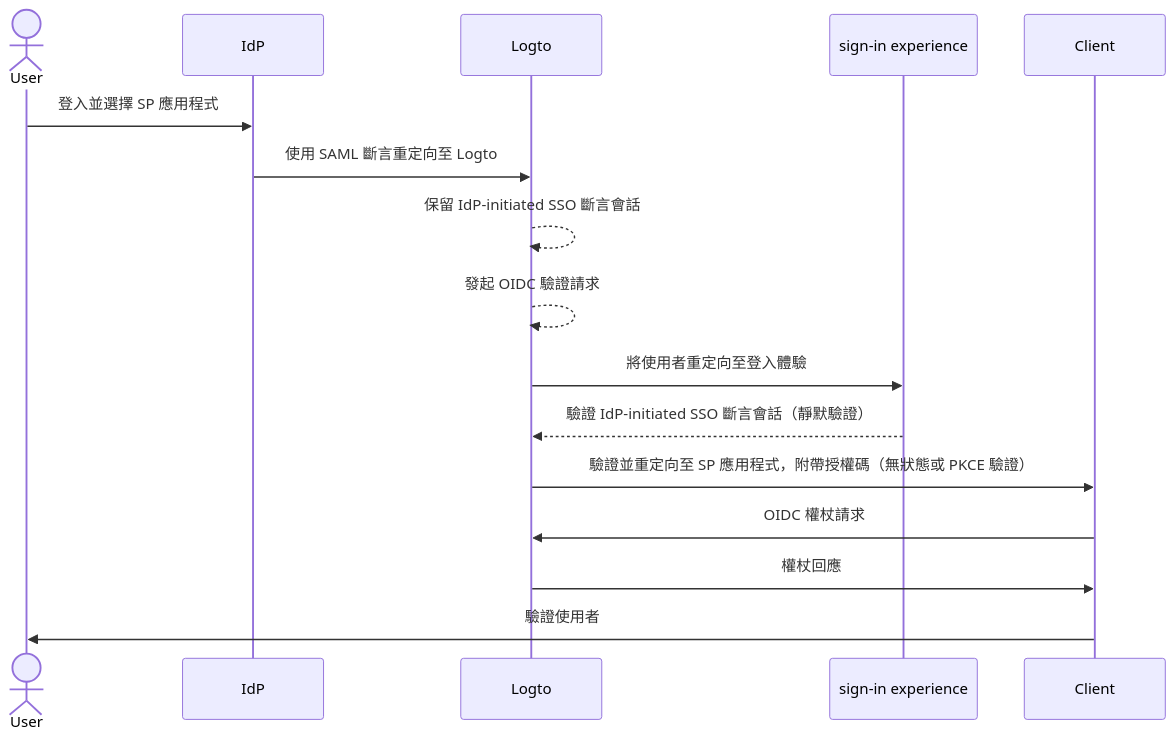
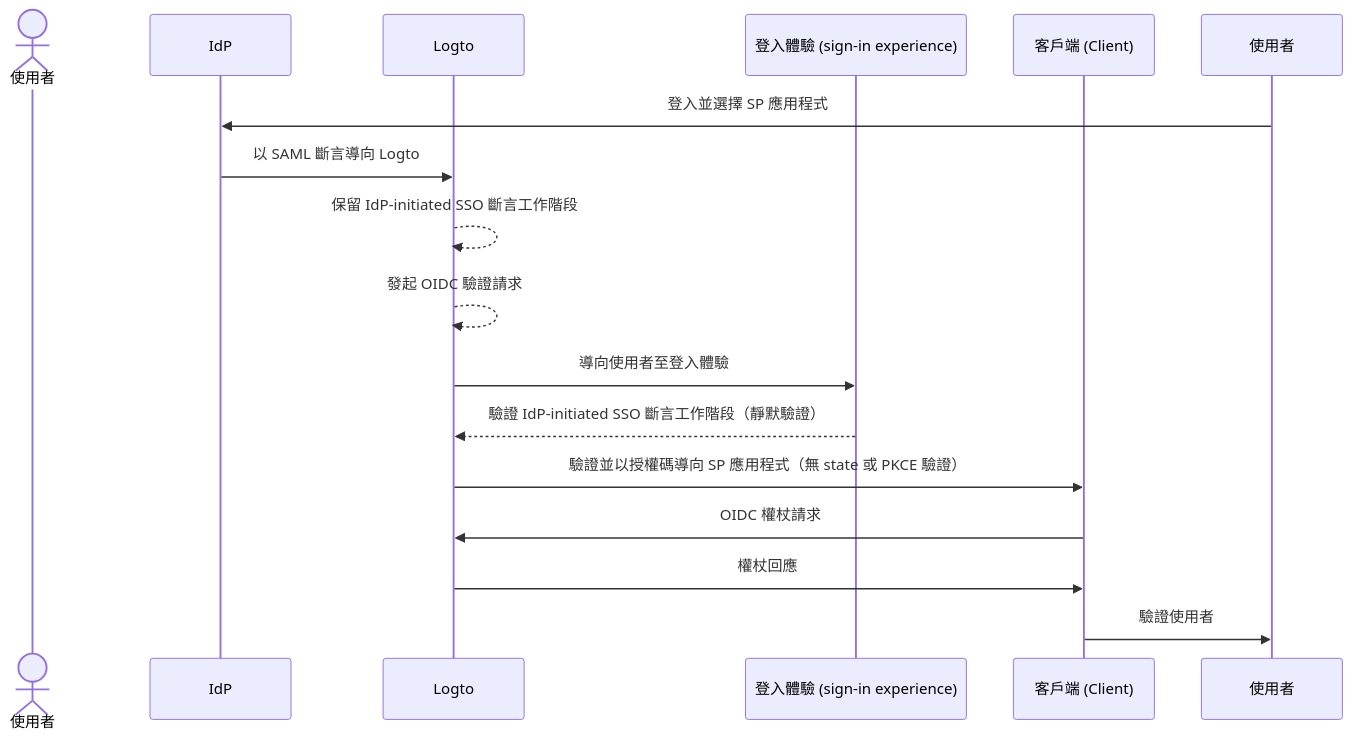
One commit to logto-io/docs changed the second of 2 diagrams in i18n/zh-TW/docusaurus-plugin-content-docs/current/end-user-flows/enterprise-sso/idp-initiated-sso.mdx. Above: the diagram before and after it, drawn with Mermaid. The commit also changed other lines of this file and 666 other files, not shown here.

````diff
--- a/i18n/zh-TW/docusaurus-plugin-content-docs/current/end-user-flows/enterprise-sso/idp-initiated-sso.mdx
+++ b/i18n/zh-TW/docusaurus-plugin-content-docs/current/end-user-flows/enterprise-sso/idp-initiated-sso.mdx
@@ -137,20 +137,20 @@
 ```mermaid
   sequenceDiagram
 
-  actor User
+  actor User as 使用者
   participant IdP as IdP
   participant Logto as Logto
-  participant Experience as sign-in experience
-  participant SP as Client
+  participant Experience as 登入體驗 (sign-in experience)
+  participant SP as 客戶端 (Client)
 
-  User->>IdP: 登入並選擇 SP 應用程式
-  IdP->>Logto: 使用 SAML 斷言重定向至 Logto
-  Logto-->>Logto: 保留 IdP-initiated SSO 斷言會話
+  使用者->>IdP: 登入並選擇 SP 應用程式
+  IdP->>Logto: 以 SAML 斷言導向 Logto
+  Logto-->>Logto: 保留 IdP-initiated SSO 斷言工作階段
   Logto-->>Logto: 發起 OIDC 驗證請求
-  Logto->>Experience: 將使用者重定向至登入體驗
-  Experience-->>Logto: 驗證 IdP-initiated SSO 斷言會話（靜默驗證）
-  Logto->>SP: 驗證並重定向至 SP 應用程式，附帶授權碼（無狀態或 PKCE 驗證）
+  Logto->>Experience: 導向使用者至登入體驗
+  Experience-->>Logto: 驗證 IdP-initiated SSO 斷言工作階段（靜默驗證）
+  Logto->>SP: 驗證並以授權碼導向 SP 應用程式（無 state 或 PKCE 驗證）
   SP->>Logto: OIDC 權杖請求
   Logto->>SP: 權杖回應
-  SP->>User: 驗證使用者
+  SP->>使用者: 驗證使用者
 ```
````
